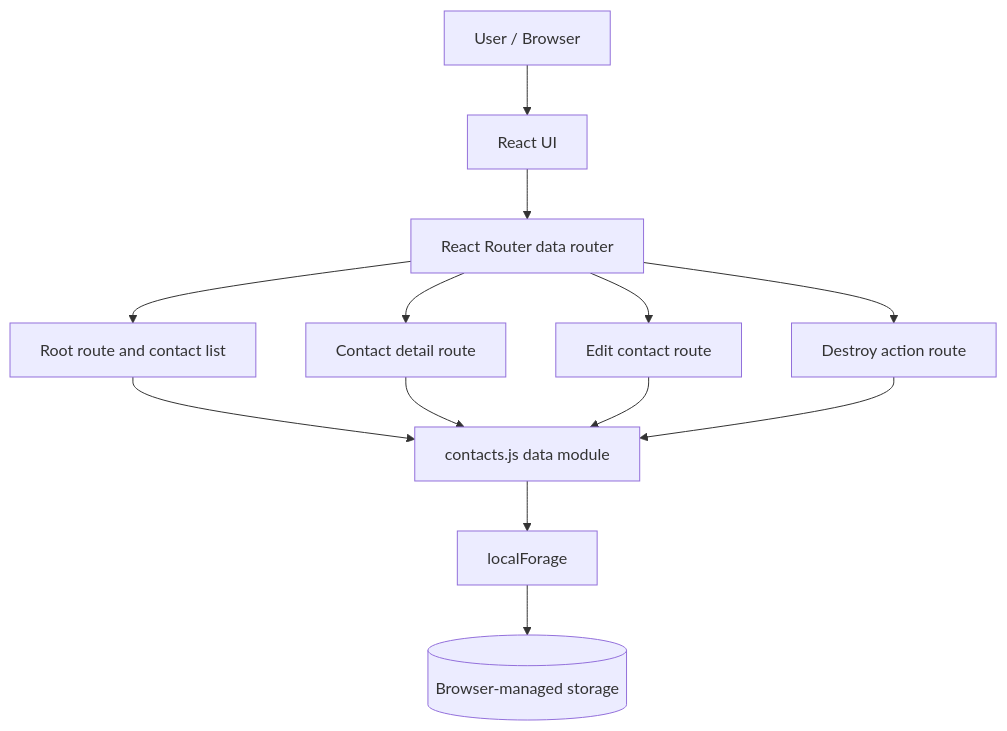
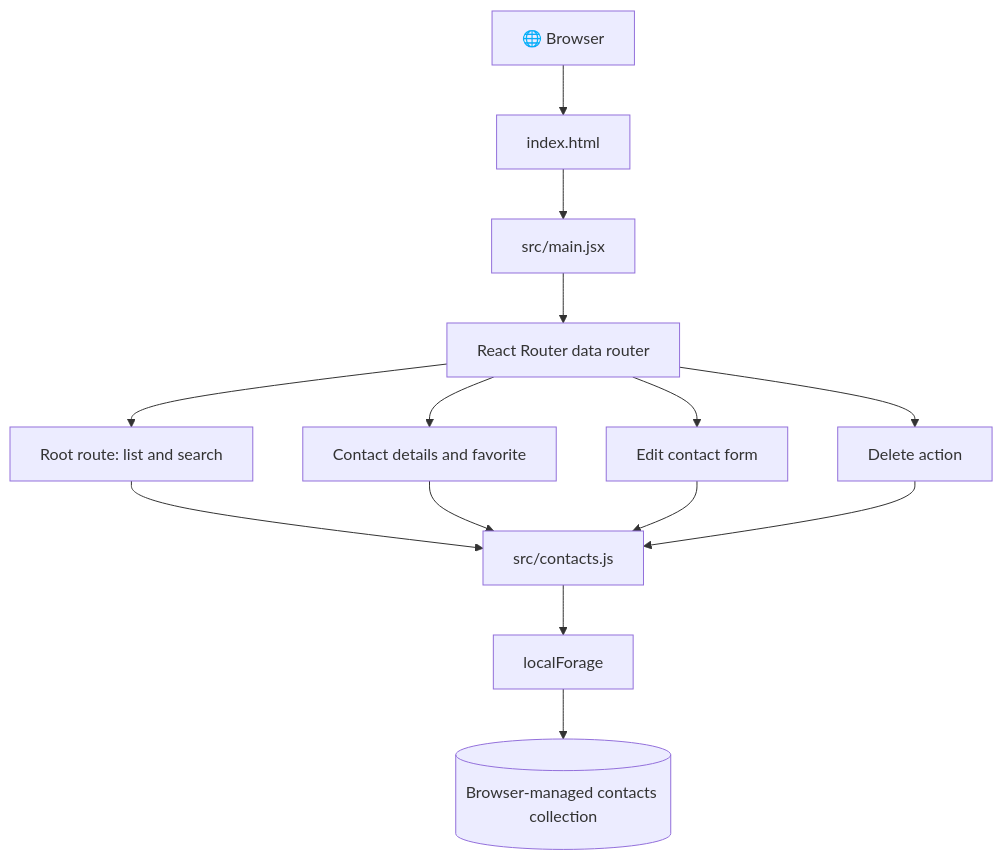
Before and after one commit to Brajesh31/Contact-Display: the diagram in README.md, drawn with Mermaid. The commit also changed other lines of this file, not shown here.

````diff
--- a/README.md
+++ b/README.md
@@ -57,15 +80,25 @@
 ```mermaid
 flowchart TD
-    U[User / Browser] --> V[React UI]
-    V --> R[React Router data router]
-    R --> ROOT[Root route and contact list]
-    R --> DETAIL[Contact detail route]
-    R --> EDIT[Edit contact route]
-    R --> DELETE[Destroy action route]
-    ROOT --> DATA[contacts.js data module]
-    DETAIL --> DATA
-    EDIT --> DATA
-    DELETE --> DATA
-    DATA --> L[localForage]
-    L --> B[(Browser-managed storage)]
+    Browser["🌐 Browser"]
+    HTML["index.html"]
+    Entry["src/main.jsx"]
+    Router["React Router data router"]
+    Root["Root route: list and search"]
+    Detail["Contact details and favorite"]
+    Edit["Edit contact form"]
+    Delete["Delete action"]
+    Data["src/contacts.js"]
+    Store["localForage"]
+    Persist[("Browser-managed contacts collection")]
+
+    Browser --> HTML --> Entry --> Router
+    Router --> Root
+    Router --> Detail
+    Router --> Edit
+    Router --> Delete
+    Root --> Data
+    Detail --> Data
+    Edit --> Data
+    Delete --> Data
+    Data --> Store --> Persist
 ```
````
